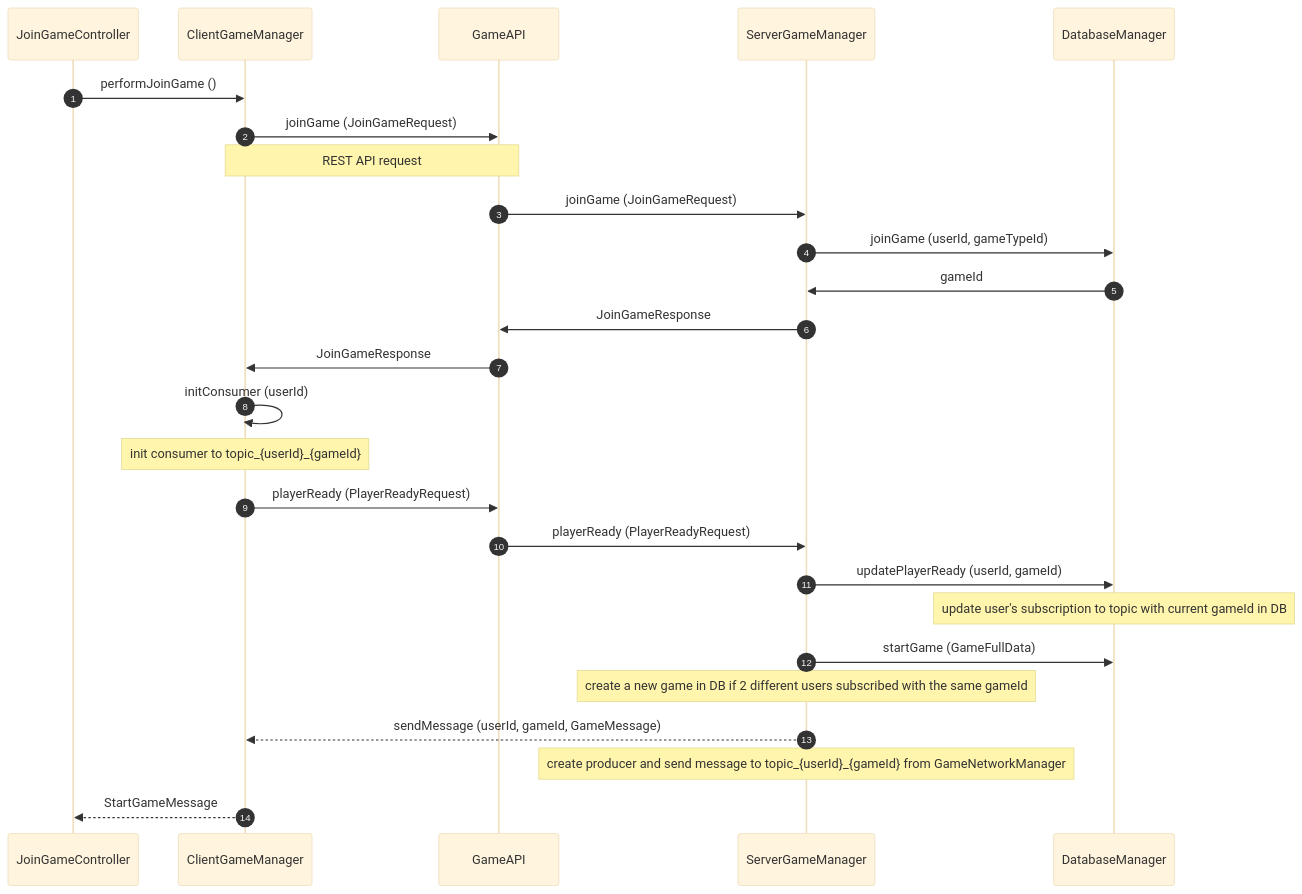
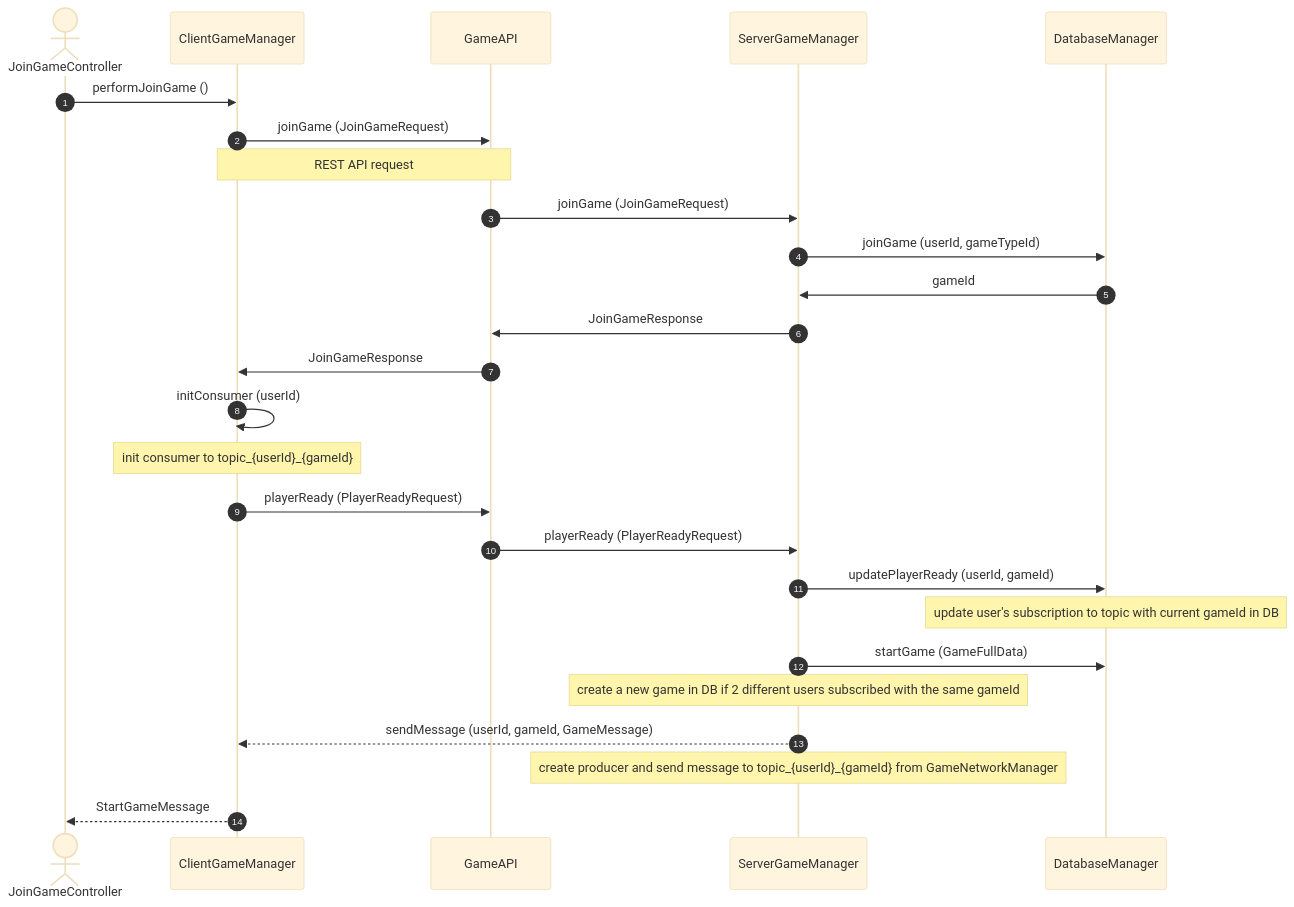
The diagram in README.md (alice-ruv/board-games), drawn with Mermaid (base theme) before and after one commit.

````diff
--- a/README.md
+++ b/README.md
@@ -120,23 +120,24 @@
 ```mermaid 
 sequenceDiagram
 autonumber
+actor JoinGameController
 JoinGameController ->> ClientGameManager: performJoinGame ()
 ClientGameManager ->> GameAPI: joinGame (JoinGameRequest)
 note over ClientGameManager, GameAPI: REST API request
 GameAPI ->> ServerGameManager: joinGame (JoinGameRequest)
 ServerGameManager ->> DatabaseManager: joinGame (userId, gameTypeId)
 DatabaseManager ->> ServerGameManager: gameId
 ServerGameManager ->> GameAPI: JoinGameResponse
 GameAPI ->> ClientGameManager: JoinGameResponse
 ClientGameManager ->> ClientGameManager: initConsumer (userId) 
 note over ClientGameManager: init consumer to topic_{userId}_{gameId}
 ClientGameManager ->> GameAPI: playerReady (PlayerReadyRequest)
 GameAPI ->> ServerGameManager: playerReady (PlayerReadyRequest)
 ServerGameManager ->> DatabaseManager: updatePlayerReady (userId, gameId)
 note over DatabaseManager: update user's subscription to topic with current gameId in DB
 ServerGameManager ->> DatabaseManager: startGame (GameFullData)
 note over ServerGameManager: create a new game in DB if 2 different users subscribed with the same gameId
 ServerGameManager -->> ClientGameManager: sendMessage (userId, gameId, GameMessage)
 note over ServerGameManager: create producer and send message to topic_{userId}_{gameId} from GameNetworkManager
 ClientGameManager -->> JoinGameController: StartGameMessage
 ```
````
